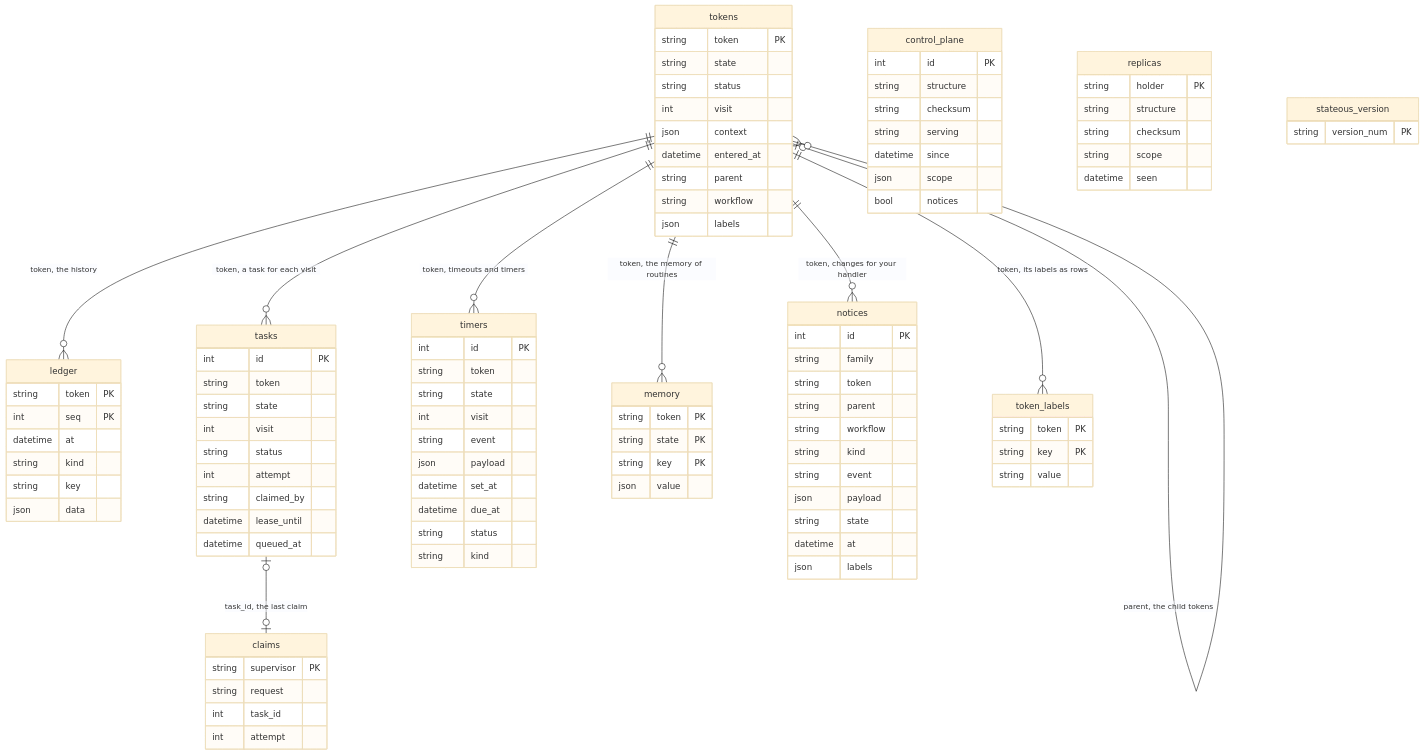
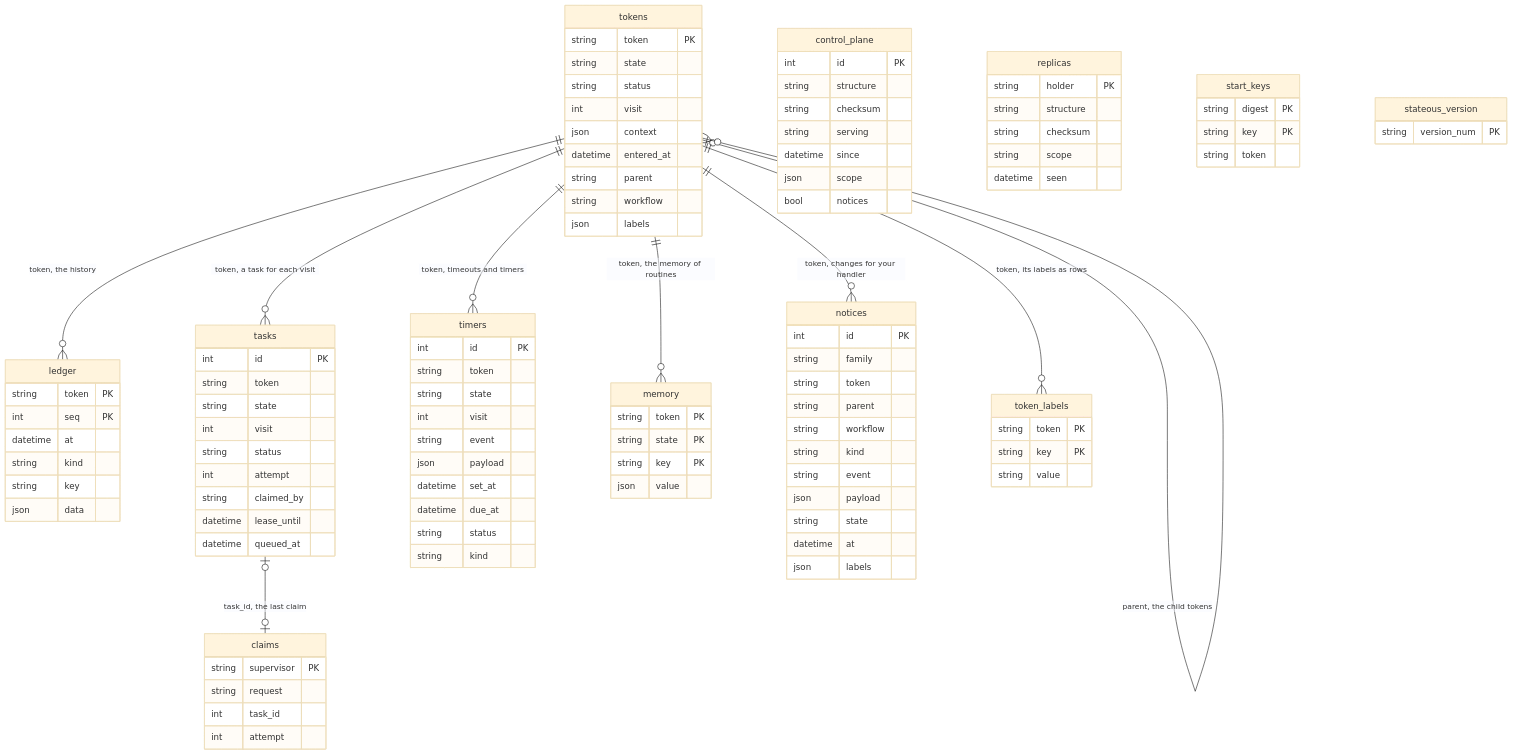
Before and after one commit to StateousLabs/stateous: the first of 2 diagrams in docs/inside/data.md, drawn with Mermaid (base theme). The commit also changed other lines of this file and 18 other files, not shown here.

```diff
--- a/docs/inside/data.md
+++ b/docs/inside/data.md
@@ -107,6 +107,11 @@
         string scope
         datetime seen
     }
+    start_keys {
+        string digest PK
+        string key PK
+        string token
+    }
     stateous_version {
         string version_num PK
     }
```
